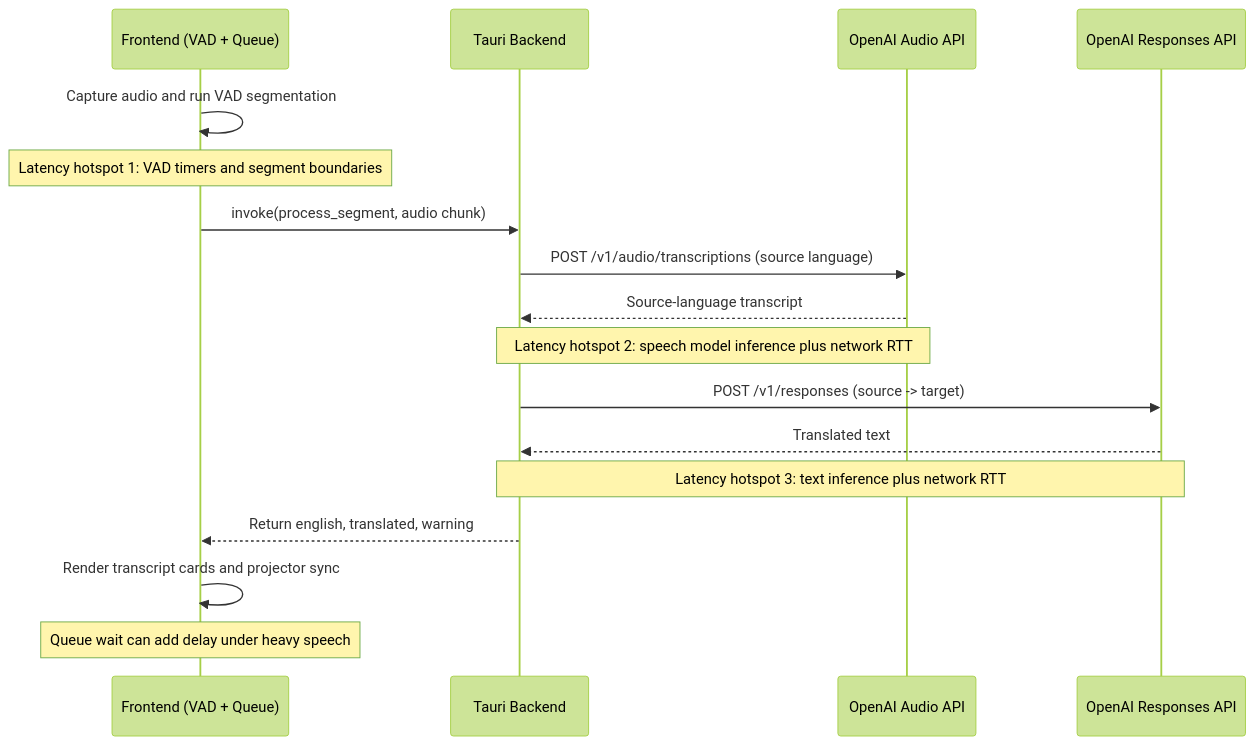
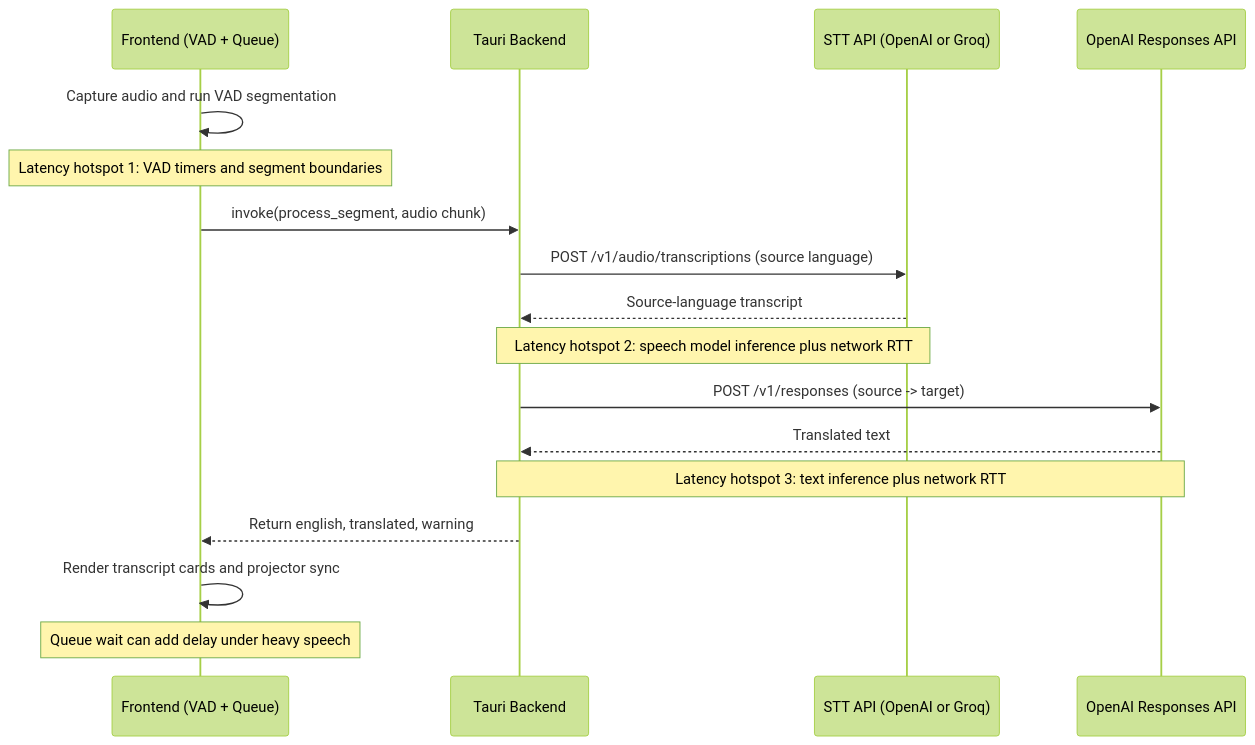
One commit to Championzb/church-live-audio-stream-translate changed the diagram in docs/TRANSLATION_PIPELINE.md. Above: the diagram before and after it, drawn with Mermaid (forest theme). The commit also changed other lines of this file and 2 other files, not shown here.

Commit message:
Document Groq STT setup and provider behavior

````diff
--- a/docs/TRANSLATION_PIPELINE.md
+++ b/docs/TRANSLATION_PIPELINE.md
@@ -36,23 +37,23 @@
 ```mermaid
 sequenceDiagram
   participant FE as Frontend (VAD + Queue)
   participant BE as Tauri Backend
-  participant OA as OpenAI Audio API
+  participant OA as STT API (OpenAI or Groq)
   participant OR as OpenAI Responses API
 
   FE->>FE: Capture audio and run VAD segmentation
   Note over FE: Latency hotspot 1: VAD timers and segment boundaries
 
   FE->>BE: invoke(process_segment, audio chunk)
   BE->>OA: POST /v1/audio/transcriptions (source language)
   OA-->>BE: Source-language transcript
   Note over OA,BE: Latency hotspot 2: speech model inference plus network RTT
 
   BE->>OR: POST /v1/responses (source -> target)
   OR-->>BE: Translated text
   Note over OR,BE: Latency hotspot 3: text inference plus network RTT
 
   BE-->>FE: Return english, translated, warning
   FE->>FE: Render transcript cards and projector sync
   Note over FE: Queue wait can add delay under heavy speech
 ```
````
